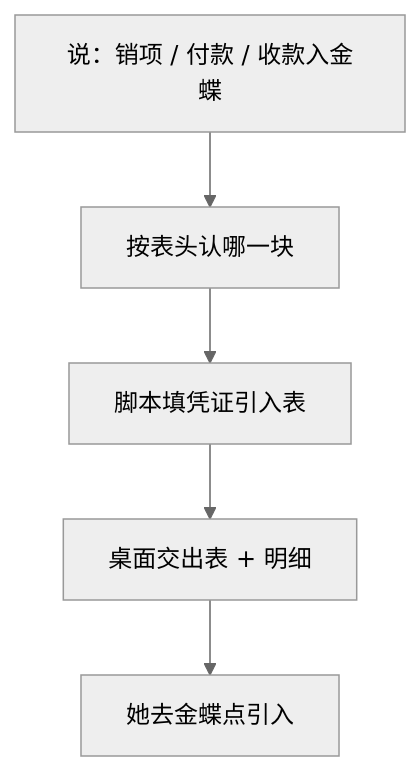
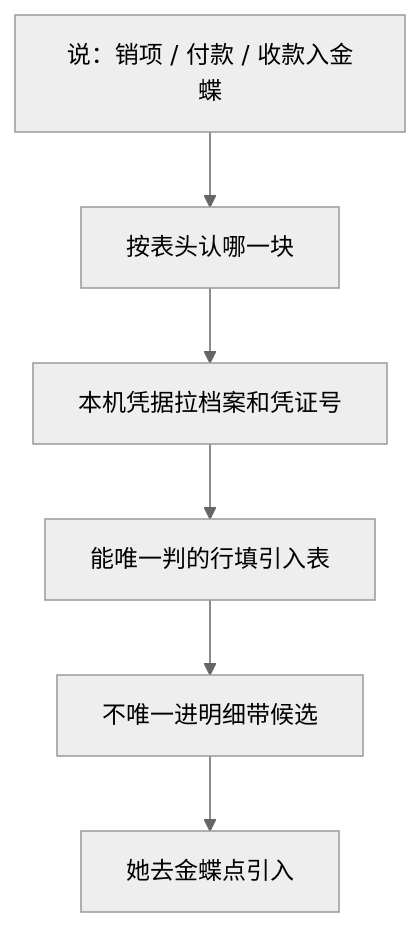
Before and after one commit to EvanLee2004/finance-skills: the diagram in skills/kingdee-posting/README.md, drawn with Mermaid (neutral theme). The commit also changed other lines of this file and 13 other files, not shown here.

````diff
--- a/skills/kingdee-posting/README.md
+++ b/skills/kingdee-posting/README.md
@@ -61,7 +61,8 @@
 ```mermaid
 flowchart TD
   A["说：销项 / 付款 / 收款入金蝶"] --> B["按表头认哪一块"]
-  B --> C["脚本填凭证引入表"]
-  C --> D["桌面交出表 + 明细"]
-  D --> E["她去金蝶点引入"]
+  B --> C["本机凭据拉档案和凭证号"]
+  C --> D["能唯一判的行填引入表"]
+  D --> E["不唯一进明细带候选"]
+  E --> F["她去金蝶点引入"]
 ```
````
